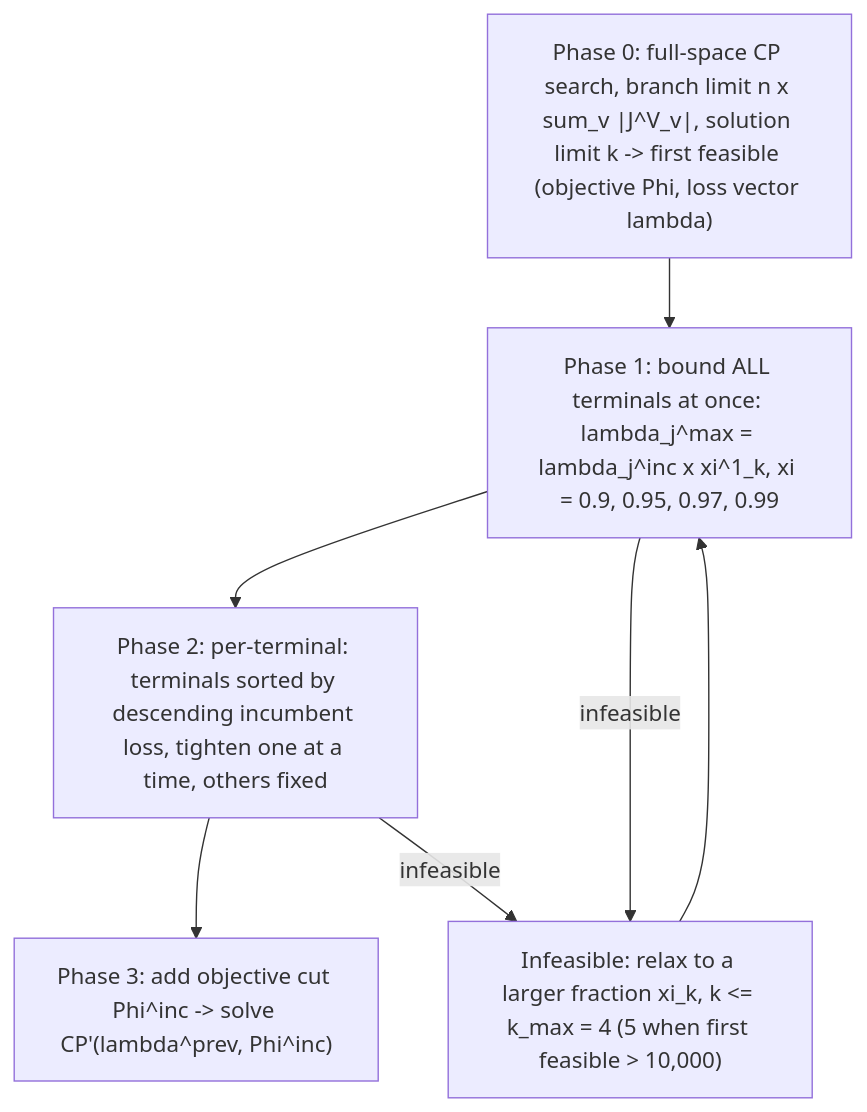
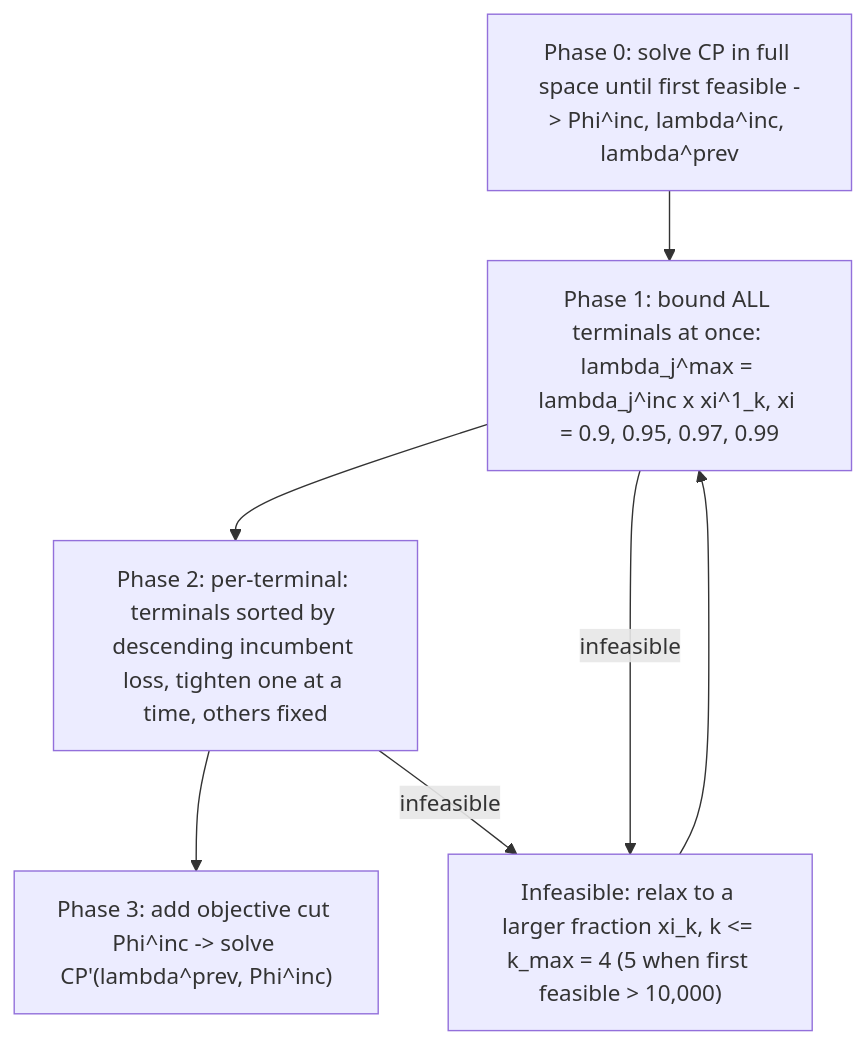
One commit to NguyenTatDat21/tatdat-vault changed the diagram in references/goel2015-constraint-programming-lng-ship-scheduling.md. Above: the diagram before and after it, drawn with Mermaid. The commit also changed other lines of this file and 5 other files, not shown here.

````diff
--- a/references/goel2015-constraint-programming-lng-ship-scheduling.md
+++ b/references/goel2015-constraint-programming-lng-ship-scheduling.md
@@ -72,12 +72,12 @@
 ```mermaid
 flowchart TD
-  P0["Phase 0: full-space CP search, branch limit n x sum_v |J^V_v|, solution limit k -> first feasible (objective Phi, loss vector lambda)"]
+  P0["Phase 0: solve CP in full space until first feasible -> Phi^inc, lambda^inc, lambda^prev"]
   P1["Phase 1: bound ALL terminals at once: lambda_j^max = lambda_j^inc x xi^1_k, xi = 0.9, 0.95, 0.97, 0.99"]
   P2["Phase 2: per-terminal: terminals sorted by descending incumbent loss, tighten one at a time, others fixed"]
   P3["Phase 3: add objective cut Phi^inc -> solve CP'(lambda^prev, Phi^inc)"]
   BT["Infeasible: relax to a larger fraction xi_k, k <= k_max = 4 (5 when first feasible > 10,000)"]
   P0 --> P1 --> P2 --> P3
   P1 -- infeasible --> BT
   P2 -- infeasible --> BT
   BT --> P1
 ```
````
